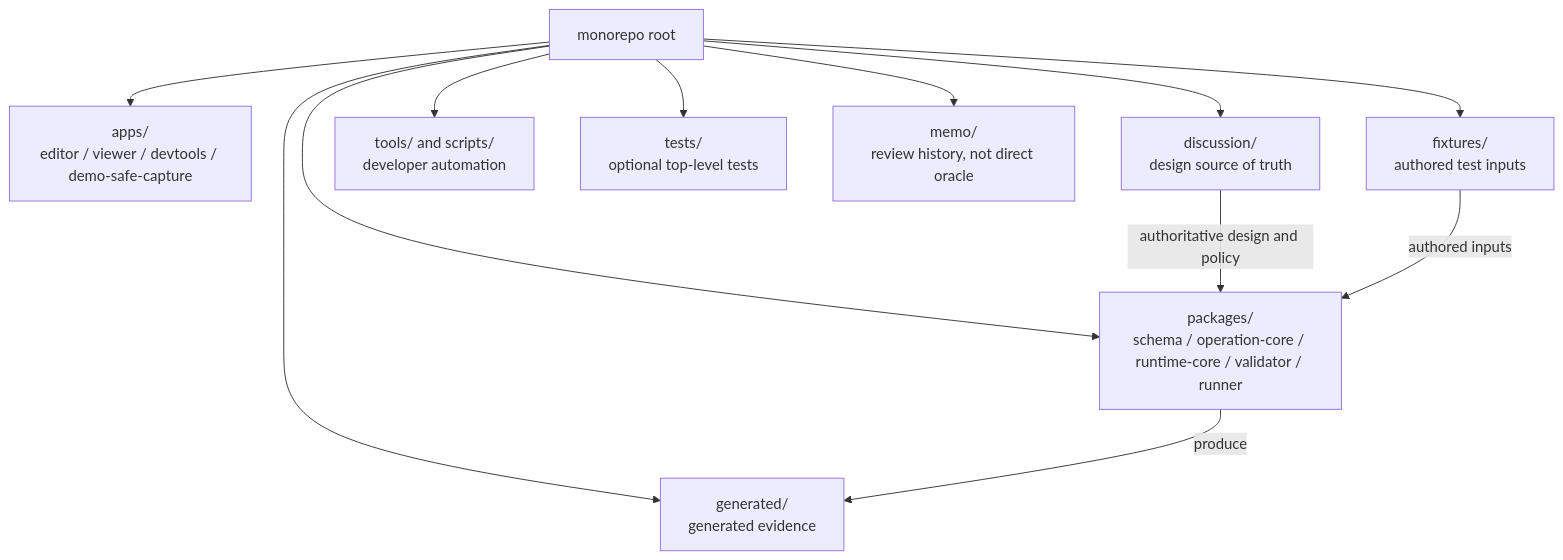
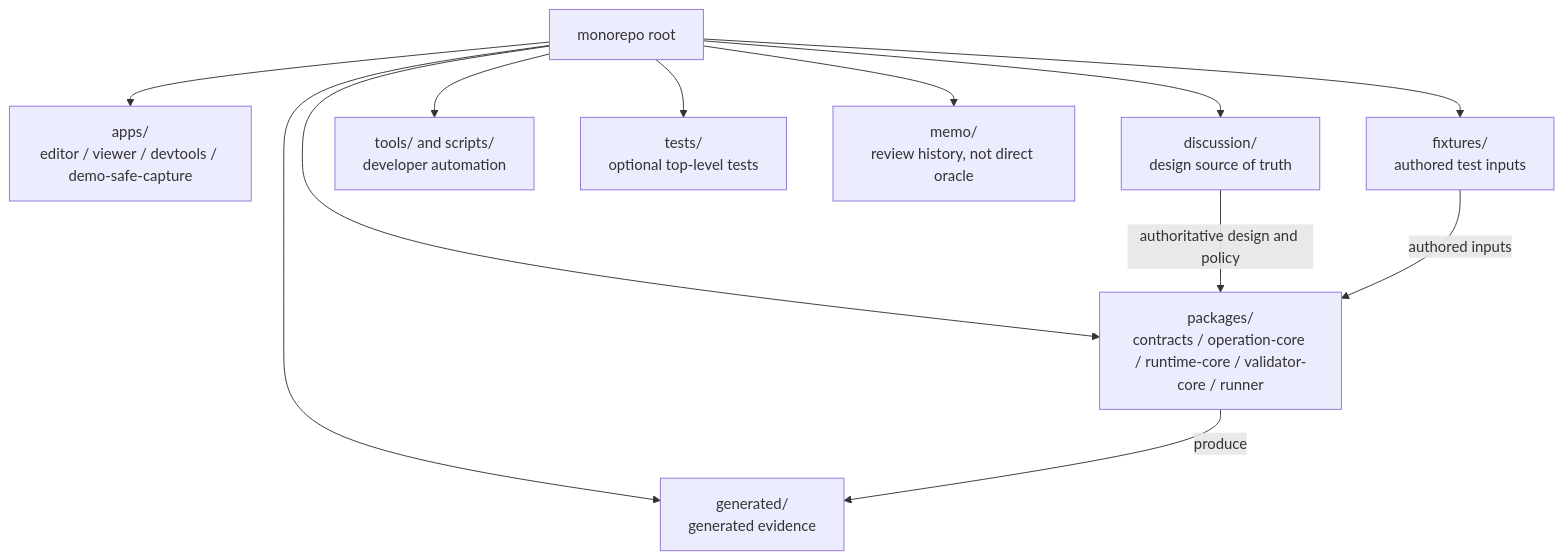
The first of 3 diagrams in discussion/development_convention/repository-structure-policy.md (remie-code/2d-rigging-lab), drawn with Mermaid before and after one commit. The commit also changed other lines of this file and 41 other files, not shown here.

````diff
--- a/discussion/development_convention/repository-structure-policy.md
+++ b/discussion/development_convention/repository-structure-policy.md
@@ -295,24 +295,24 @@
 ```mermaid
 graph TD
   Root["monorepo root"]
   Apps["apps/<br/>editor / viewer / devtools / demo-safe-capture"]
-  Packages["packages/<br/>schema / operation-core / runtime-core / validator / runner"]
+  Packages["packages/<br/>contracts / operation-core / runtime-core / validator-core / runner"]
   Fixtures["fixtures/<br/>authored test inputs"]
   Generated["generated/<br/>generated evidence"]
   Discussion["discussion/<br/>design source of truth"]
   ToolsScripts["tools/ and scripts/<br/>developer automation"]
   Tests["tests/<br/>optional top-level tests"]
   Memo["memo/<br/>review history, not direct oracle"]
 
   Root --> Apps
   Root --> Packages
   Root --> Fixtures
   Root --> Generated
   Root --> Discussion
   Root --> ToolsScripts
   Root --> Tests
   Root --> Memo
   Discussion -->|"authoritative design and policy"| Packages
   Fixtures -->|"authored inputs"| Packages
   Packages -->|"produce"| Generated
 ```
````
